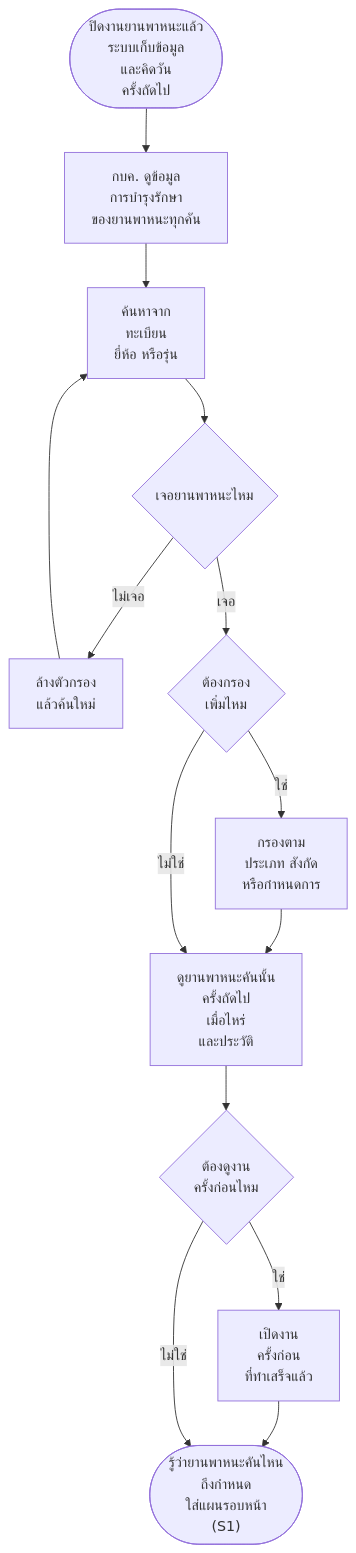
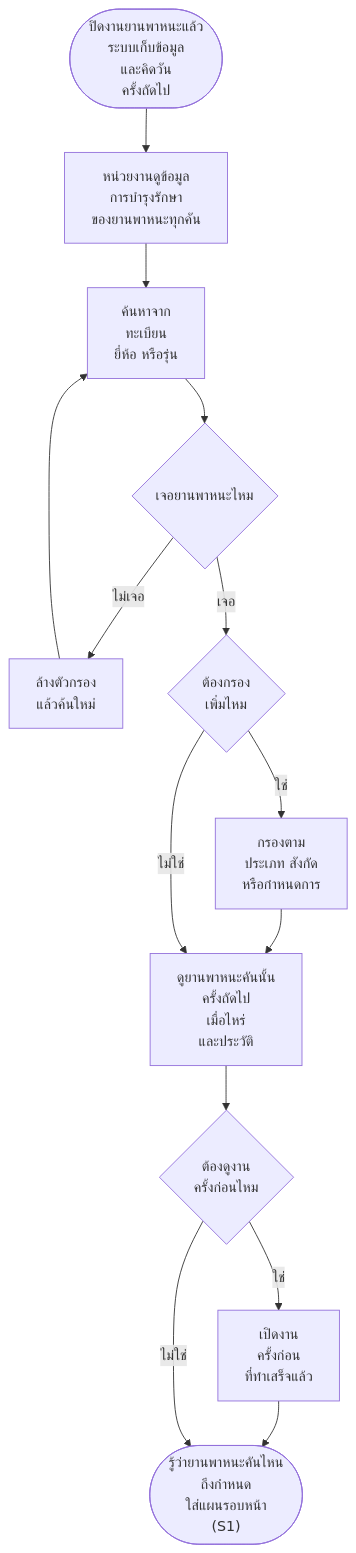
Before and after one commit to anugmail/Maintenance-Request-Form: diagram 20 of 20 in Diagram/01-บำรุงรักษาตามวาระ/27-บำรุงรักษา-flowchart-กิจกรรม.md, drawn with Mermaid. The commit also changed other lines of this file and 7 other files, not shown here.

First line of the commit message:
บำรุงรักษา: คำกลางแทน "กบค." ที่เป็นผู้ทำงาน (หน่วยงาน · หน่วยงานผู้ดำเนินการ · หัวหน้าหน่วยงาน · ผู้สร้างแผนเดินทาง) · "ดำเนินการเอง" แทน "กบค. ดำเนินการเอง"

````diff
--- a/Diagram/01-บำรุงรักษาตามวาระ/27-บำรุงรักษา-flowchart-กิจกรรม.md
+++ b/Diagram/01-บำรุงรักษาตามวาระ/27-บำรุงรักษา-flowchart-กิจกรรม.md
@@ -363,16 +363,16 @@
 ```mermaid
 flowchart TD
-    S(["ปิดงานยานพาหนะแล้ว<br/>ระบบเก็บข้อมูล<br/>และคิดวัน<br/>ครั้งถัดไป"]) --> A1["กบค. ดูข้อมูล<br/>การบำรุงรักษา<br/>ของยานพาหนะทุกคัน"]
+    S(["ปิดงานยานพาหนะแล้ว<br/>ระบบเก็บข้อมูล<br/>และคิดวัน<br/>ครั้งถัดไป"]) --> A1["หน่วยงานดูข้อมูล<br/>การบำรุงรักษา<br/>ของยานพาหนะทุกคัน"]
     A1 --> A2["ค้นหาจาก<br/>ทะเบียน<br/>ยี่ห้อ หรือรุ่น"]
     A2 --> Q1{"เจอยานพาหนะไหม"}
     Q1 -->|ไม่เจอ| A3["ล้างตัวกรอง<br/>แล้วค้นใหม่"]
     A3 --> A2
     Q1 -->|เจอ| Q2{"ต้องกรอง<br/>เพิ่มไหม"}
     Q2 -->|ใช่| A4["กรองตาม<br/>ประเภท สังกัด<br/>หรือกำหนดการ"]
     A4 --> A5
     Q2 -->|ไม่ใช่| A5["ดูยานพาหนะคันนั้น<br/>ครั้งถัดไป<br/>เมื่อไหร่<br/>และประวัติ"]
     A5 --> Q3{"ต้องดูงาน<br/>ครั้งก่อนไหม"}
     Q3 -->|ใช่| A6["เปิดงาน<br/>ครั้งก่อน<br/>ที่ทำเสร็จแล้ว"]
     A6 --> E
     Q3 -->|ไม่ใช่| E(["รู้ว่ายานพาหนะคันไหน<br/>ถึงกำหนด<br/>ใส่แผนรอบหน้า<br/>(S1)"])
 ```
````
